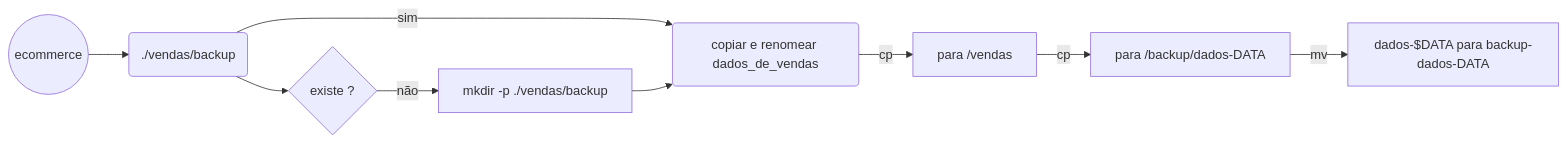
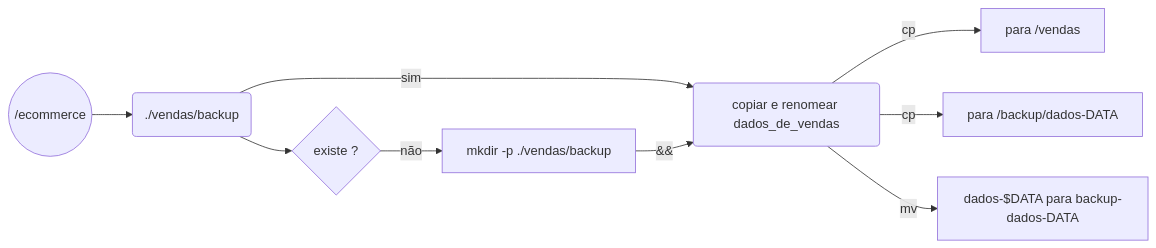
One commit to jqln-vc/compass-academy changed the second of 5 diagrams in sprint1/desafio/README.md. Above: the diagram before and after it, drawn with Mermaid. The commit also changed other lines of this file, not shown here.

````diff
--- a/sprint1/desafio/README.md
+++ b/sprint1/desafio/README.md
@@ -62,11 +62,11 @@
 ```mermaid
 graph LR
-    A((ecommerce)) --> B(./vendas/backup)
+    A((/ecommerce)) --> B(./vendas/backup)
     B --> C{existe ?}
     C -- não --> D[mkdir -p ./vendas/backup]
     B -- sim --> E(copiar e renomear dados_de_vendas)
-    D --> E
+    D -- && --> E
     E -- cp --> F[para /vendas]
-    F -- cp --> G[para /backup/dados-DATA]
-    G -- mv --> I[dados-$DATA para backup-dados-DATA]
+    E -- cp --> G[para /backup/dados-DATA]
+    E -- mv --> I[dados-$DATA para backup-dados-DATA]
 ```
````
